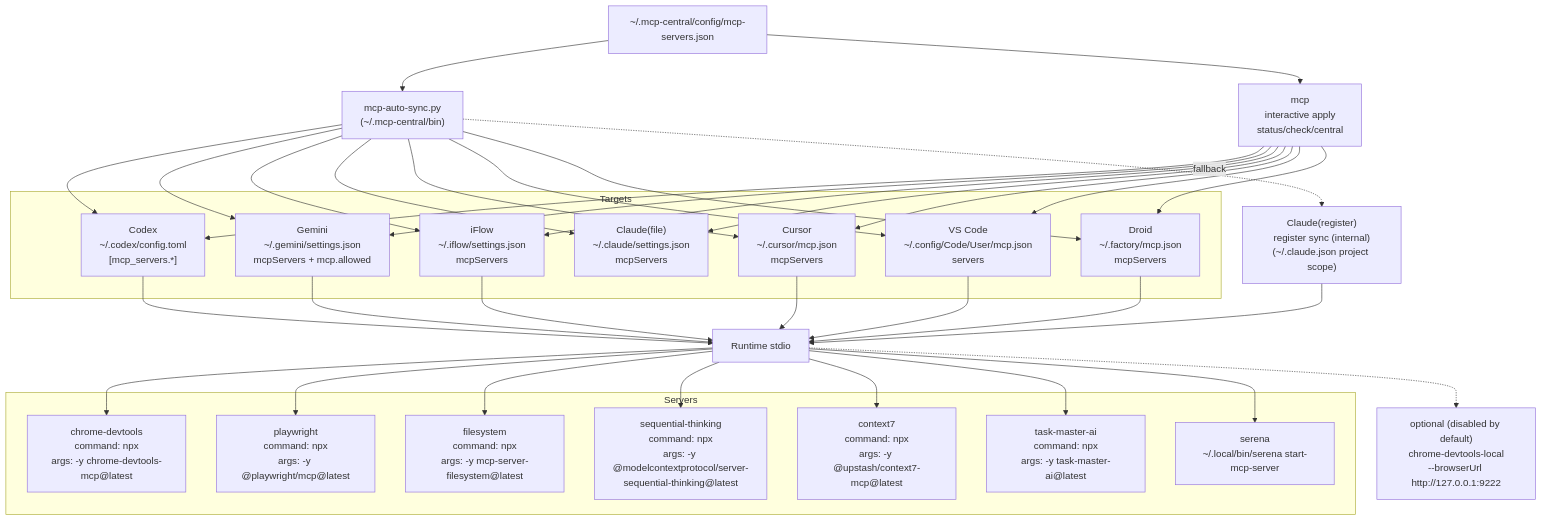
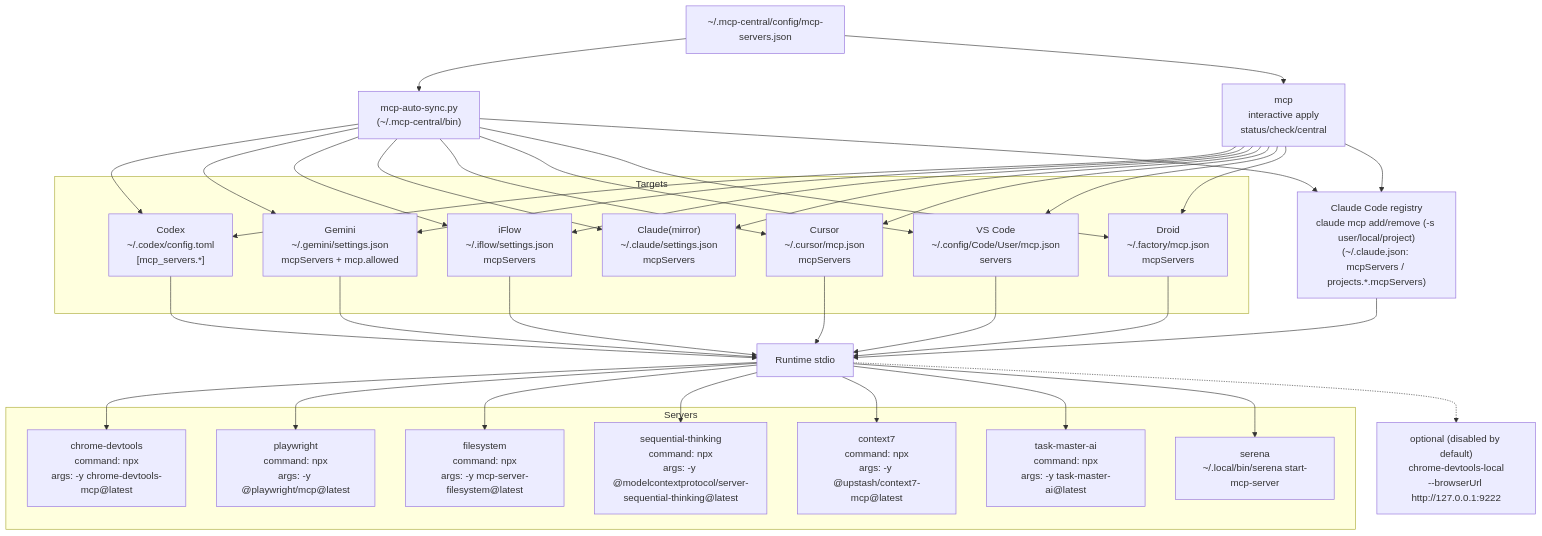
One commit to czdtech/mcp-local-manager changed the diagram in docs/mcp-architecture.mmd. Above: the diagram before and after it, drawn with Mermaid. The commit also changed 10 other files, not shown here.

Commit message:
fix: Claude Code scope 对齐与 UI 支持

```diff
--- a/docs/mcp-architecture.mmd
+++ b/docs/mcp-architecture.mmd
@@ -1,61 +1,62 @@
 flowchart TD
   CENTRAL["~/.mcp-central/config/mcp-servers.json"] --> SYNC["mcp-auto-sync.py<br/>(~/.mcp-central/bin)"]
   CENTRAL --> MCP["mcp<br/>interactive apply<br/>status/check/central"]
 
   subgraph Targets
     CODEX["Codex<br/>~/.codex/config.toml<br/>[mcp_servers.*]"]
     GEMINI["Gemini<br/>~/.gemini/settings.json<br/>mcpServers + mcp.allowed"]
     IFLOW["iFlow<br/>~/.iflow/settings.json<br/>mcpServers"]
-    CLAUDE_FILE["Claude(file)<br/>~/.claude/settings.json<br/>mcpServers"]
+    CLAUDE_FILE["Claude(mirror)<br/>~/.claude/settings.json<br/>mcpServers"]
     CURSOR["Cursor<br/>~/.cursor/mcp.json<br/>mcpServers"]
     VSCODE["VS Code<br/>~/.config/Code/User/mcp.json<br/>servers"]
     DROID["Droid<br/>~/.factory/mcp.json<br/>mcpServers"]
   end
 
   SYNC --> CODEX
   SYNC --> GEMINI
   SYNC --> IFLOW
   SYNC --> CLAUDE_FILE
   SYNC --> CURSOR
   SYNC --> VSCODE
   SYNC --> DROID
   MCP --> CODEX
   MCP --> GEMINI
   MCP --> IFLOW
   MCP --> CLAUDE_FILE
   MCP --> CURSOR
   MCP --> VSCODE
   MCP --> DROID
 
-  CLAUDE_REG["Claude(register)<br/>register sync (internal)<br/>(~/.claude.json project scope)"]
-  SYNC -. fallback .-> CLAUDE_REG
+  CLAUDE_REG["Claude Code registry<br/>claude mcp add/remove (-s user/local/project)<br/>(~/.claude.json: mcpServers / projects.*.mcpServers)"]
+  SYNC --> CLAUDE_REG
+  MCP --> CLAUDE_REG
 
   RUNTIME[Runtime stdio]
   CODEX --> RUNTIME
   GEMINI --> RUNTIME
   IFLOW --> RUNTIME
   CLAUDE_REG --> RUNTIME
   CURSOR --> RUNTIME
   VSCODE --> RUNTIME
   DROID --> RUNTIME
 
   subgraph Servers
     CDT["chrome-devtools<br/>command: npx<br/>args: -y chrome-devtools-mcp@latest"]
     PW["playwright<br/>command: npx<br/>args: -y @playwright/mcp@latest"]
     FS["filesystem<br/>command: npx<br/>args: -y mcp-server-filesystem@latest"]
     ST["sequential-thinking<br/>command: npx<br/>args: -y @modelcontextprotocol/server-sequential-thinking@latest"]
     CTX7["context7<br/>command: npx<br/>args: -y @upstash/context7-mcp@latest"]
     TMA["task-master-ai<br/>command: npx<br/>args: -y task-master-ai@latest"]
     SERENA["serena<br/>~/.local/bin/serena start-mcp-server"]
   end
 
   RUNTIME --> CDT
   RUNTIME --> PW
   RUNTIME --> FS
   RUNTIME --> ST
   RUNTIME --> CTX7
   RUNTIME --> TMA
   RUNTIME --> SERENA
 
   CDT_LOCAL["optional (disabled by default)<br/>chrome-devtools-local<br/>--browserUrl http://127.0.0.1:9222"]
   RUNTIME -.-> CDT_LOCAL
```
